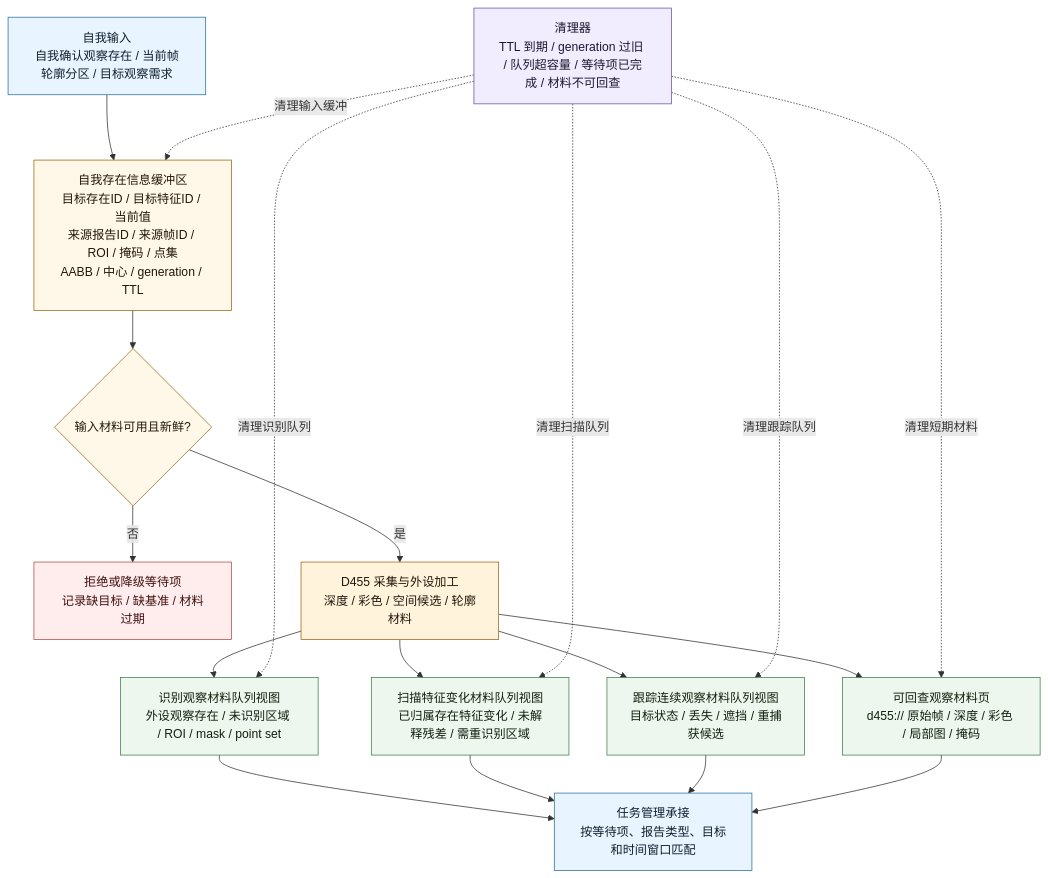
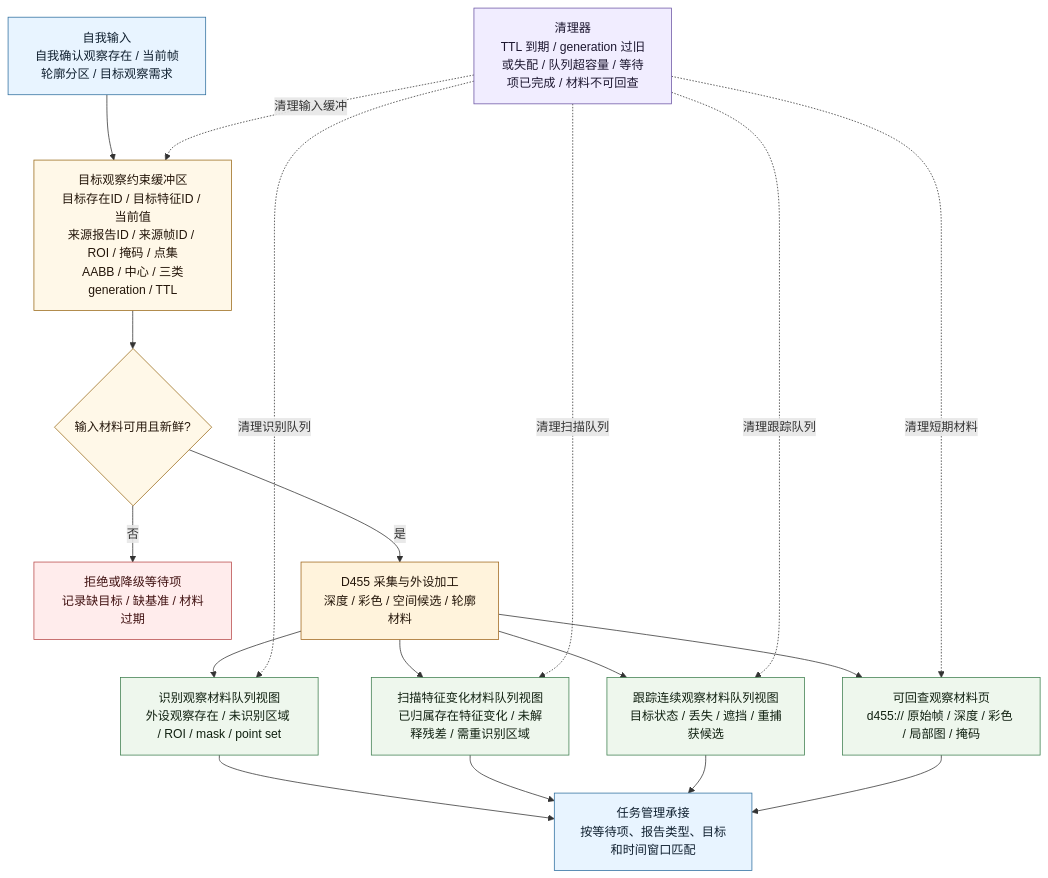
Before and after one commit to chunhaizh-cyber/Birthplace-of-digital-civilization: the second of 3 diagrams in 流程图/20260606_自我外设交互流程图_v0.1.md, drawn with Mermaid. The commit also changed other lines of this file and 67 other files, not shown here.

````diff
--- a/流程图/20260606_自我外设交互流程图_v0.1.md
+++ b/流程图/20260606_自我外设交互流程图_v0.1.md
@@ -142,41 +142,41 @@
 ```mermaid
 flowchart TB
     A["自我输入<br/>自我确认观察存在 / 当前帧轮廓分区 / 目标观察需求"]
-    B["自我存在信息缓冲区<br/>目标存在ID / 目标特征ID / 当前值<br/>来源报告ID / 来源帧ID / ROI / 掩码 / 点集<br/>AABB / 中心 / generation / TTL"]
+    B["目标观察约束缓冲区<br/>目标存在ID / 目标特征ID / 当前值<br/>来源报告ID / 来源帧ID / ROI / 掩码 / 点集<br/>AABB / 中心 / 三类generation / TTL"]
     C{"输入材料可用且新鲜?"}
     D["拒绝或降级等待项<br/>记录缺目标 / 缺基准 / 材料过期"]
     E["D455 采集与外设加工<br/>深度 / 彩色 / 空间候选 / 轮廓材料"]
     F["识别观察材料队列视图<br/>外设观察存在 / 未识别区域 / ROI / mask / point set"]
     G["扫描特征变化材料队列视图<br/>已归属存在特征变化 / 未解释残差 / 需重识别区域"]
     H["跟踪连续观察材料队列视图<br/>目标状态 / 丢失 / 遮挡 / 重捕获候选"]
     I["可回查观察材料页<br/>d455:// 原始帧 / 深度 / 彩色 / 局部图 / 掩码"]
     J["任务管理承接<br/>按等待项、报告类型、目标和时间窗口匹配"]
-    K["清理器<br/>TTL 到期 / generation 过旧 / 队列超容量 / 等待项已完成 / 材料不可回查"]
+    K["清理器<br/>TTL 到期 / generation 过旧或失配 / 队列超容量 / 等待项已完成 / 材料不可回查"]
 
     A --> B --> C
     C -->|否| D
     C -->|是| E
     E --> F --> J
     E --> G --> J
     E --> H --> J
     E --> I --> J
     K -.清理输入缓冲.-> B
     K -.清理识别队列.-> F
     K -.清理扫描队列.-> G
     K -.清理跟踪队列.-> H
     K -.清理短期材料.-> I
 
     classDef self fill:#e8f4ff,stroke:#2f6f9f,color:#102030;
     classDef buffer fill:#fff8e8,stroke:#9a6a1a,color:#24160a;
     classDef d455 fill:#fff3dc,stroke:#a0671e,color:#24160a;
     classDef queue fill:#eef7ed,stroke:#3f7f4f,color:#102010;
     classDef cleaner fill:#f1edff,stroke:#6c56a4,color:#1d1730;
     classDef gap fill:#ffecec,stroke:#b84a4a,color:#401111;
 
     class A,J self;
     class B,C buffer;
     class E d455;
     class F,G,H,I queue;
     class K cleaner;
     class D gap;
 ```
````
